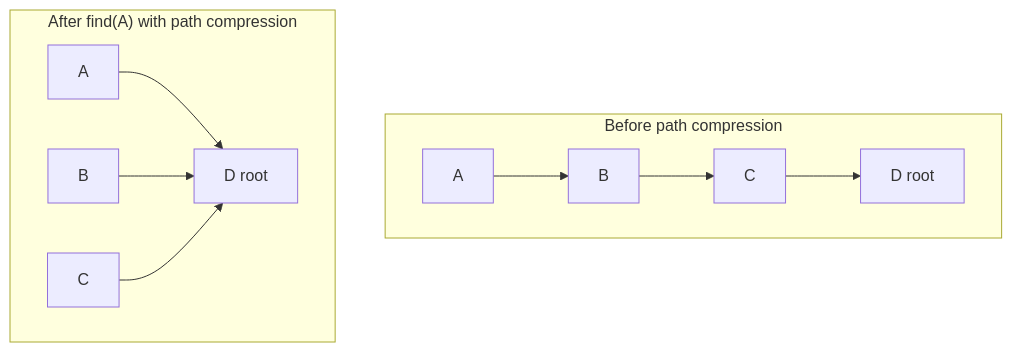
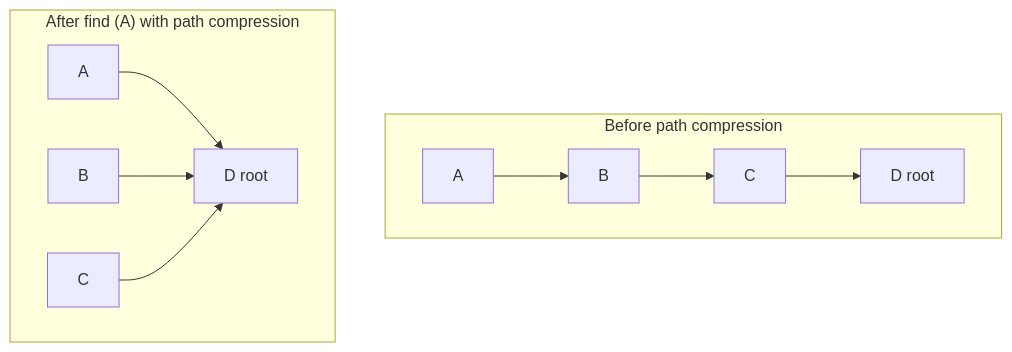
One commit to pploc/swe-icon-the-moment changed the diagram in content/questions/fundamentals/union-find.md. Above: the diagram before and after it, drawn with Mermaid. The commit also changed 95 other files, not shown here.

Commit message:
fix: update the practice mode diagram bug not display

````diff
--- a/content/questions/fundamentals/union-find.md
+++ b/content/questions/fundamentals/union-find.md
@@ -44,14 +44,15 @@
 ```mermaid
 flowchart TD
-    subgraph Before["Before path compression"]
+    subgraph Before ["Before path compression"]
         A1["A"] --> B1["B"] --> C1["C"] --> D1["D root"]
     end
-    subgraph After["After find(A) with path compression"]
+    subgraph After ["After find (A) with path compression"]
         A2["A"] --> D2["D root"]
         B2["B"] --> D2
         C2["C"] --> D2
     end
 
 
 
+
 ```
````
